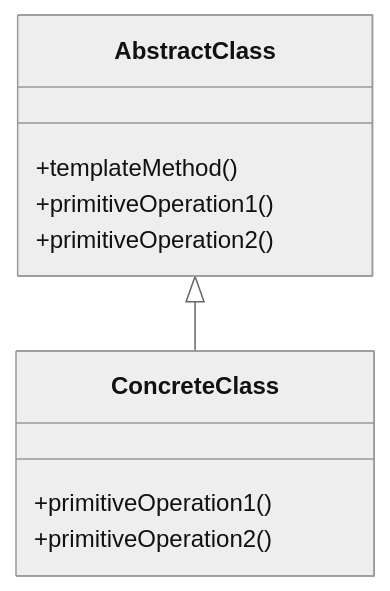
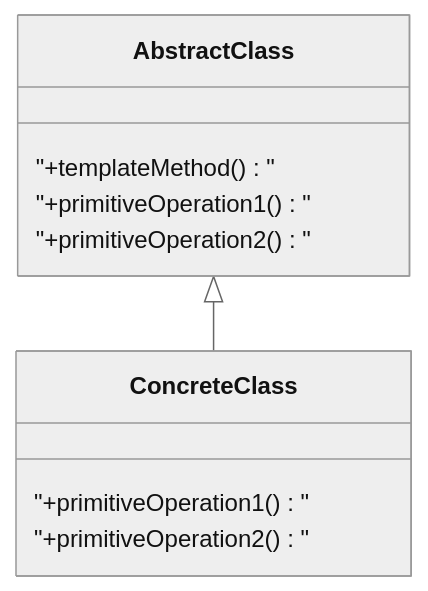
The seventh of 8 diagrams in content/post/2024/2024-08-21-factory-method/index.md (42jerrykim/42jerrykim.github.io), drawn with Mermaid (neutral theme) before and after one commit. The commit also changed other lines of this file and 239 other files, not shown here.

````diff
--- a/content/post/2024/2024-08-21-factory-method/index.md
+++ b/content/post/2024/2024-08-21-factory-method/index.md
@@ -850,14 +879,14 @@
 ```mermaid
 classDiagram
     class AbstractClass {
-        +templateMethod()
-        +primitiveOperation1()
-        +primitiveOperation2()
+        "+templateMethod()"
+        "+primitiveOperation1()"
+        "+primitiveOperation2()"
     }
     class ConcreteClass {
-        +primitiveOperation1()
-        +primitiveOperation2()
+        "+primitiveOperation1()"
+        "+primitiveOperation2()"
     }
 
     AbstractClass <|-- ConcreteClass
 ```
````
